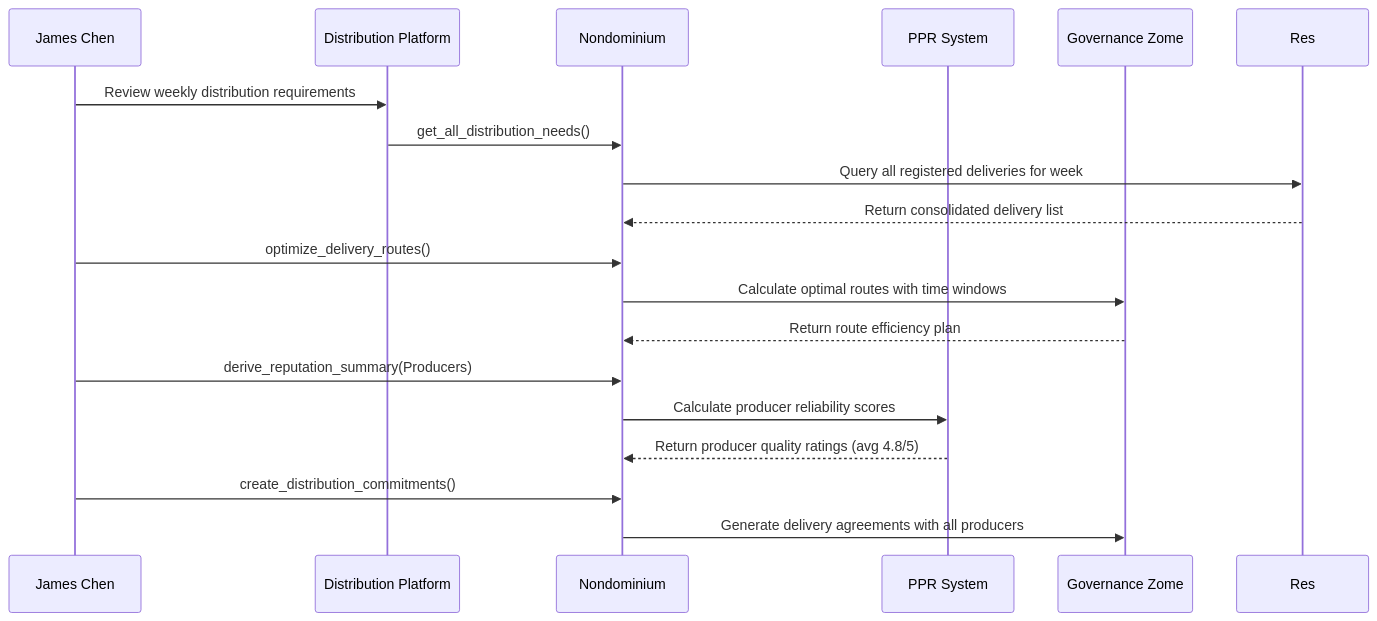
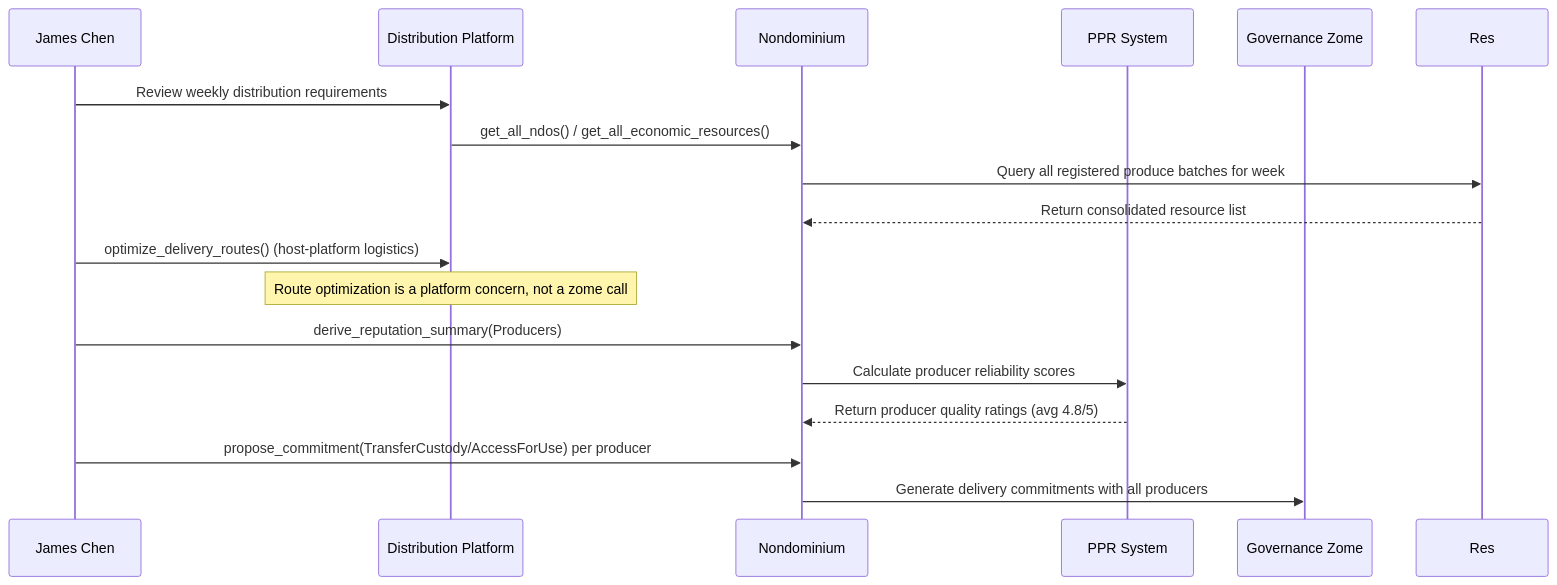
The second of 9 diagrams in documentation/Applications/user-story/user-story-food-basket.md (Sensorica/nondominium), drawn with Mermaid before and after one commit. The commit also changed other lines of this file and 99 other files, not shown here.

````diff
--- a/documentation/Applications/user-story/user-story-food-basket.md
+++ b/documentation/Applications/user-story/user-story-food-basket.md
@@ -70,24 +88,23 @@
 ```mermaid
 sequenceDiagram
     participant James as James Chen
     participant Platform as Distribution Platform
     participant ND as Nondominium
     participant PPR as PPR System
     participant Gov as Governance Zome
 
     James->>Platform: Review weekly distribution requirements
-    Platform->>ND: get_all_distribution_needs()
-    ND->>Res: Query all registered deliveries for week
-    Res-->>ND: Return consolidated delivery list
+    Platform->>ND: get_all_ndos() / get_all_economic_resources()
+    ND->>Res: Query all registered produce batches for week
+    Res-->>ND: Return consolidated resource list
 
-    James->>ND: optimize_delivery_routes()
-    ND->>Gov: Calculate optimal routes with time windows
-    Gov-->>ND: Return route efficiency plan
+    James->>Platform: optimize_delivery_routes() (host-platform logistics)
+    Note over Platform: Route optimization is a platform concern, not a zome call
 
     James->>ND: derive_reputation_summary(Producers)
     ND->>PPR: Calculate producer reliability scores
     PPR-->>ND: Return producer quality ratings (avg 4.8/5)
 
-    James->>ND: create_distribution_commitments()
-    ND->>Gov: Generate delivery agreements with all producers
+    James->>ND: propose_commitment(TransferCustody/AccessForUse) per producer
+    ND->>Gov: Generate delivery commitments with all producers
 ```
````
